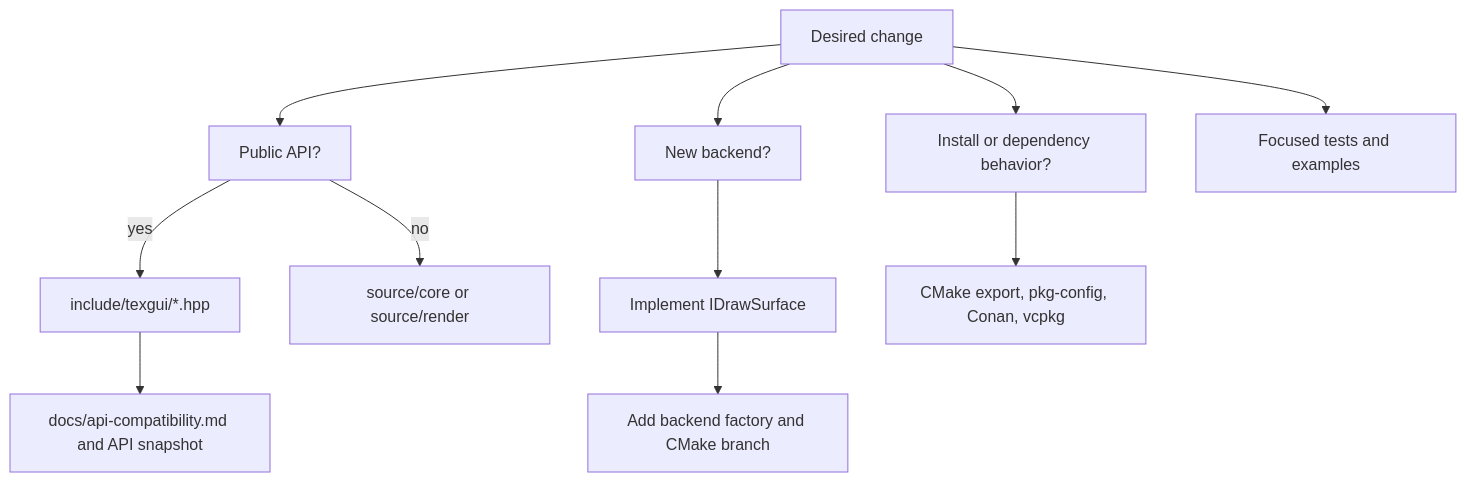
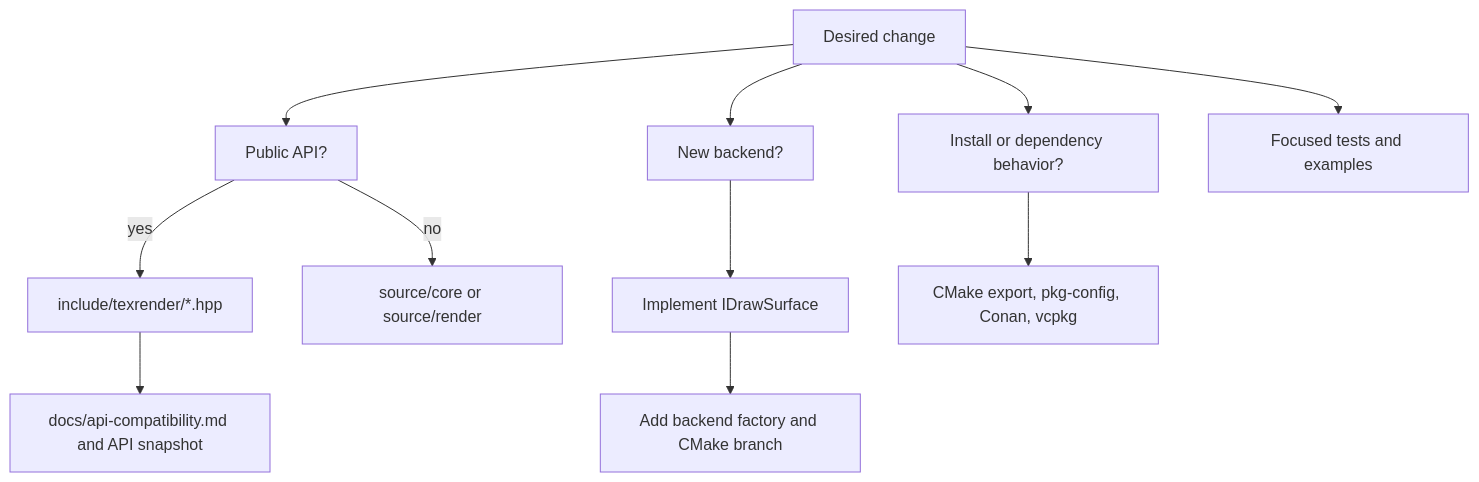
One commit to nazimaraz/TeXRender changed the second of 2 diagrams in docs/architecture.md. Above: the diagram before and after it, drawn with Mermaid. The commit also changed other lines of this file and 160 other files, not shown here.

````diff
--- a/docs/architecture.md
+++ b/docs/architecture.md
@@ -23,13 +23,13 @@
 ```mermaid
 flowchart TD
     Feature["Desired change"] --> API["Public API?"]
-    API -->|yes| Headers["include/texgui/*.hpp"]
+    API -->|yes| Headers["include/texrender/*.hpp"]
     Headers --> Compat["docs/api-compatibility.md and API snapshot"]
     API -->|no| Core["source/core or source/render"]
     Feature --> Backend["New backend?"]
     Backend --> Surface["Implement IDrawSurface"]
     Surface --> Factory["Add backend factory and CMake branch"]
     Feature --> Package["Install or dependency behavior?"]
     Package --> CMake["CMake export, pkg-config, Conan, vcpkg"]
     Feature --> Tests["Focused tests and examples"]
 ```
````
